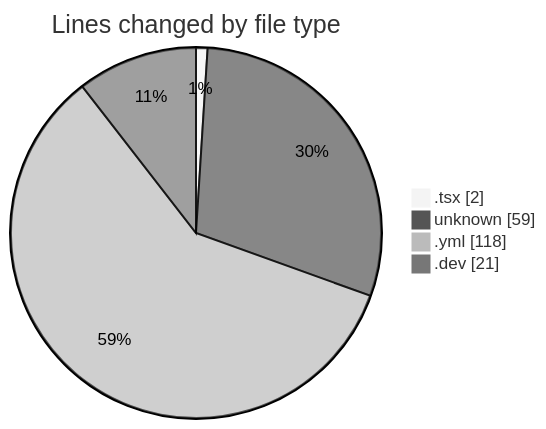
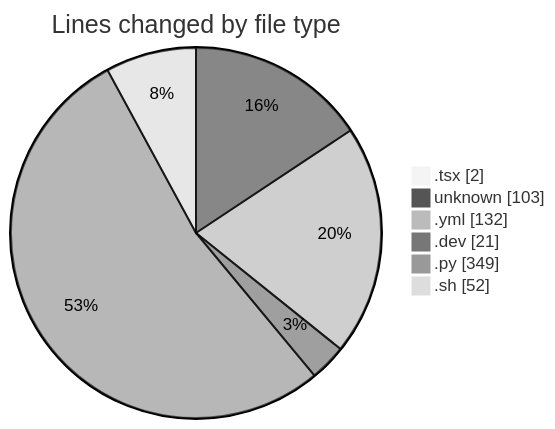
Before and after one commit to Elitesun/code-tracking: the first of 2 diagrams in 2025-05-18/niten/README.md, drawn with Mermaid (neutral theme). The commit also changed other lines of this file and 1 other file, not shown here.

````diff
--- a/2025-05-18/niten/README.md
+++ b/2025-05-18/niten/README.md
@@ -23,8 +27,10 @@
 ```mermaid
 pie showData
 title Lines changed by file type
 ".tsx" : 2
-"unknown" : 59
-".yml" : 118
+"unknown" : 103
+".yml" : 132
 ".dev" : 21
+".py" : 349
+".sh" : 52
 ```
````
